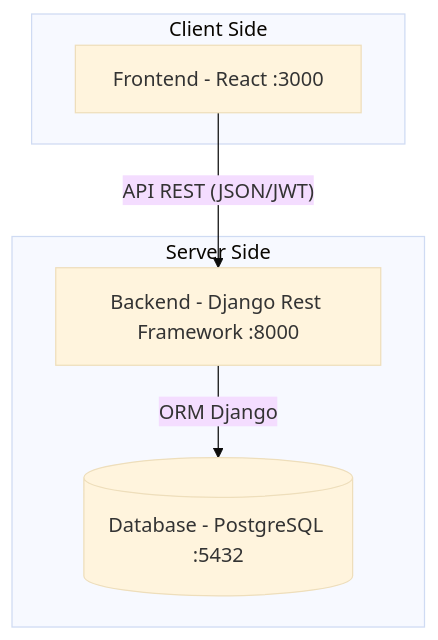
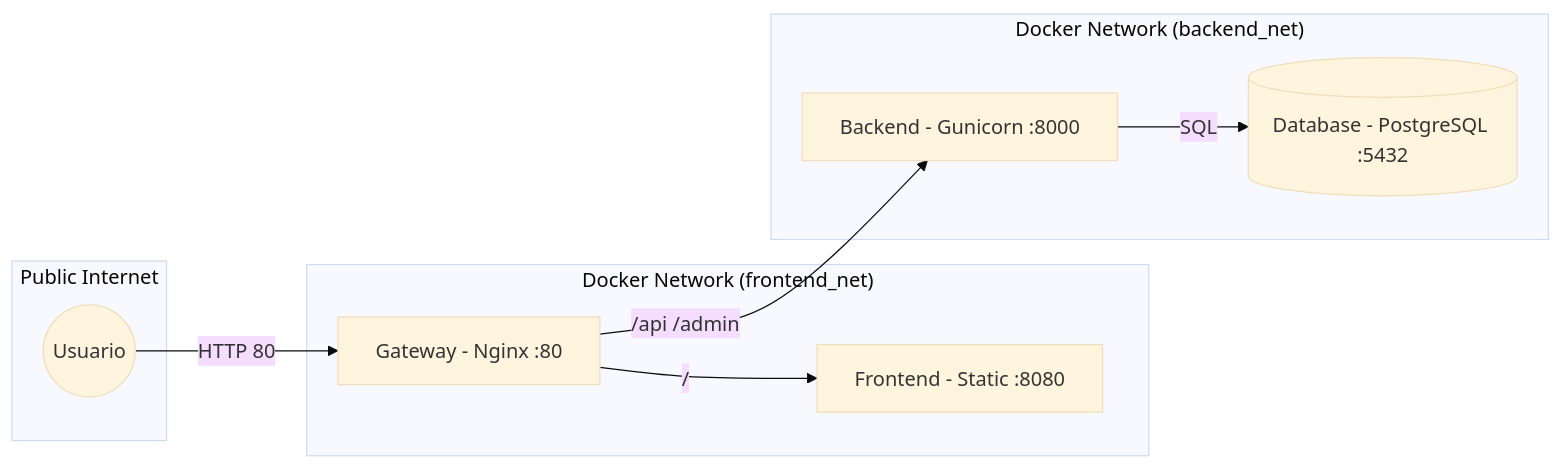
The diagram in doc/DOCS.md (dfdavid/craftech-example-3-tier-app), drawn with Mermaid (base theme) before and after one commit. The commit also changed other lines of this file and 10 other files, not shown here.

````diff
--- a/doc/DOCS.md
+++ b/doc/DOCS.md
@@ -6,14 +6,21 @@
 ```mermaid
-flowchart TD
-    subgraph Client [Client Side]
-        A[Frontend - React :3000]
+graph LR
+    subgraph "Public Internet"
+        User((Usuario))
     end
-
-    subgraph Server [Server Side]
-        B[Backend - Django Rest Framework :8000]
-        C[(Database - PostgreSQL :5432)]
+    
+    subgraph "Docker Network (frontend_net)"
+        Proxy[Gateway - Nginx :80]
+        Frontend[Frontend - Static :8080]
     end
-
-    A -->|"API REST (JSON/JWT)"| B
-    B -->|"ORM Django"| C
+    
+    subgraph "Docker Network (backend_net)"
+        Backend[Backend - Gunicorn :8000]
+        DB[(Database - PostgreSQL :5432)]
+    end
+    
+    User -->|HTTP 80| Proxy
+    Proxy -->|/| Frontend
+    Proxy -->|/api /admin| Backend
+    Backend -->|SQL| DB
 ```
````
